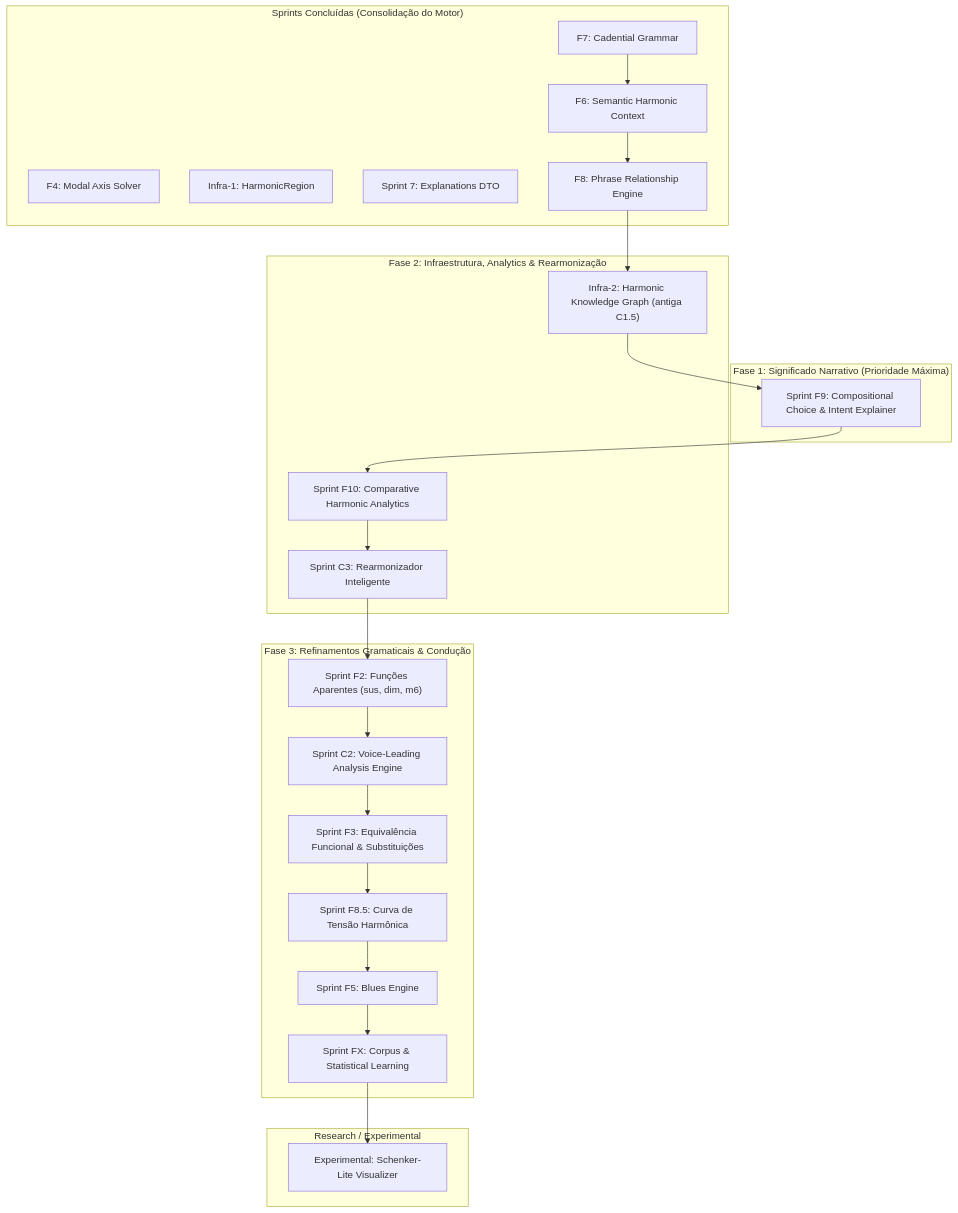
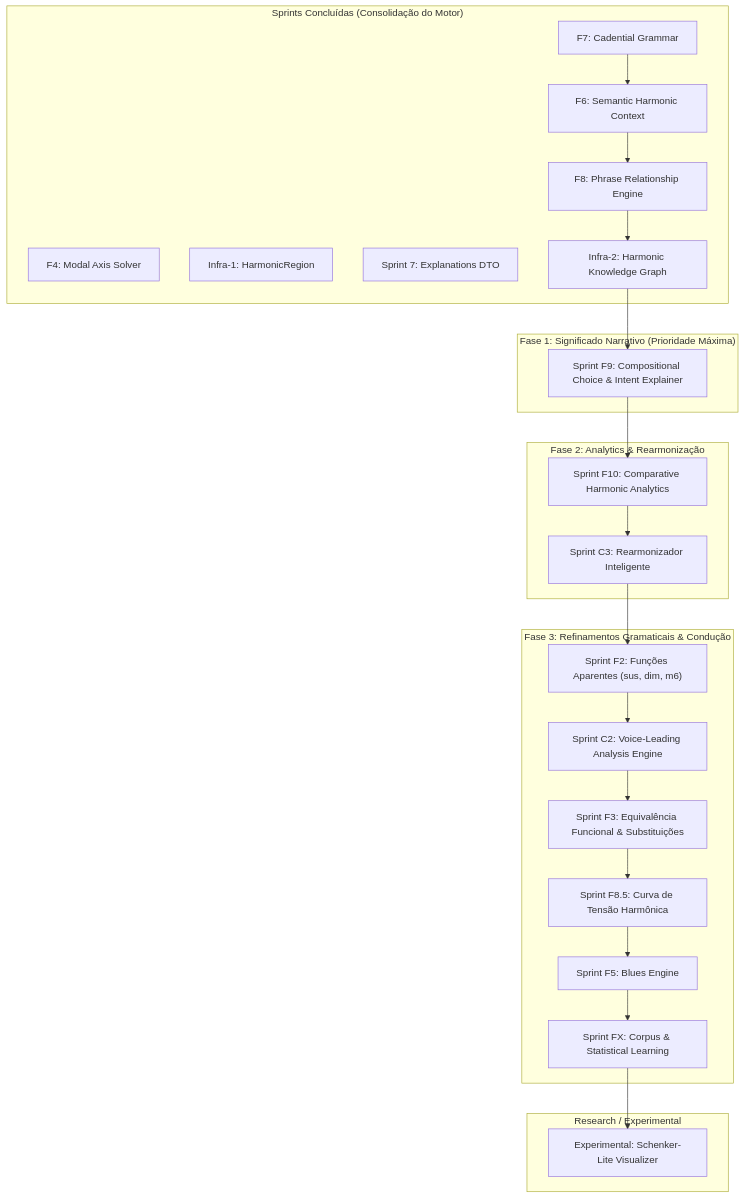
Before and after one commit to gustavoesteves/FindChord: the diagram in sprints/future_sprints.md, drawn with Mermaid. The commit also changed other lines of this file, not shown here.

Commit message:
docs(roadmap): mark Infra-2 completed in roadmap

````diff
--- a/sprints/future_sprints.md
+++ b/sprints/future_sprints.md
@@ -36,48 +36,48 @@
 ```mermaid
 graph TD
     subgraph "Sprints Concluídas (Consolidação do Motor)"
         C4["F4: Modal Axis Solver"]
         CI1["Infra-1: HarmonicRegion"]
         CS7["Sprint 7: Explanations DTO"]
         CF7["F7: Cadential Grammar"]
         F6["F6: Semantic Harmonic Context"]
         F8["F8: Phrase Relationship Engine"]
+        I2["Infra-2: Harmonic Knowledge Graph"]
     end
 
     subgraph "Fase 1: Significado Narrativo (Prioridade Máxima)"
         F9["Sprint F9: Compositional Choice & Intent Explainer"]
     end
     
-    subgraph "Fase 2: Infraestrutura, Analytics & Rearmonização"
-        I2["Infra-2: Harmonic Knowledge Graph (antiga C1.5)"]
+    subgraph "Fase 2: Analytics & Rearmonização"
         F10["Sprint F10: Comparative Harmonic Analytics"]
         C3["Sprint C3: Rearmonizador Inteligente"]
     end
 
     subgraph "Fase 3: Refinamentos Gramaticais & Condução"
         F2["Sprint F2: Funções Aparentes (sus, dim, m6)"]
         C2["Sprint C2: Voice-Leading Analysis Engine"]
         F3["Sprint F3: Equivalência Funcional & Substituições"]
         F8T["Sprint F8.5: Curva de Tensão Harmônica"]
         F5["Sprint F5: Blues Engine"]
         FX["Sprint FX: Corpus & Statistical Learning"]
     end
 
     subgraph "Research / Experimental"
         C1["Experimental: Schenker-Lite Visualizer"]
     end
 
     CF7 --> F6
     F6 --> F8
     F8 --> I2
     I2 --> F9
     F9 --> F10
     F10 --> C3
     C3 --> F2
     F2 --> C2
     C2 --> F3
     F3 --> F8T
     F8T --> F5
     F5 --> FX
     FX --> C1
 ```
````
